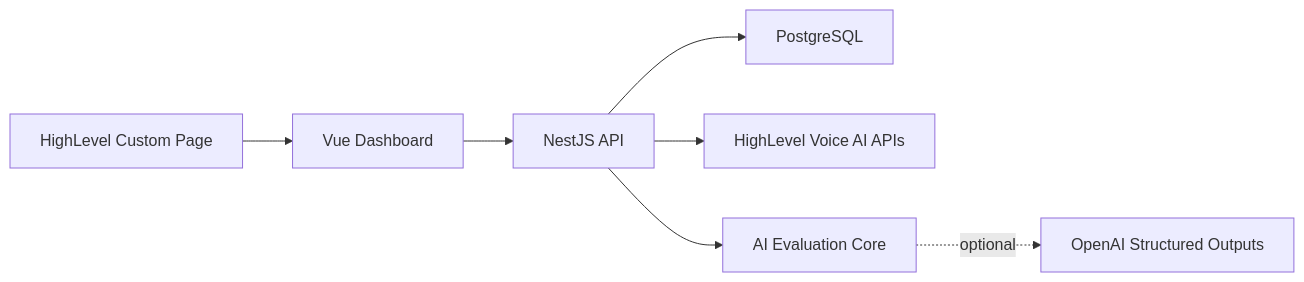
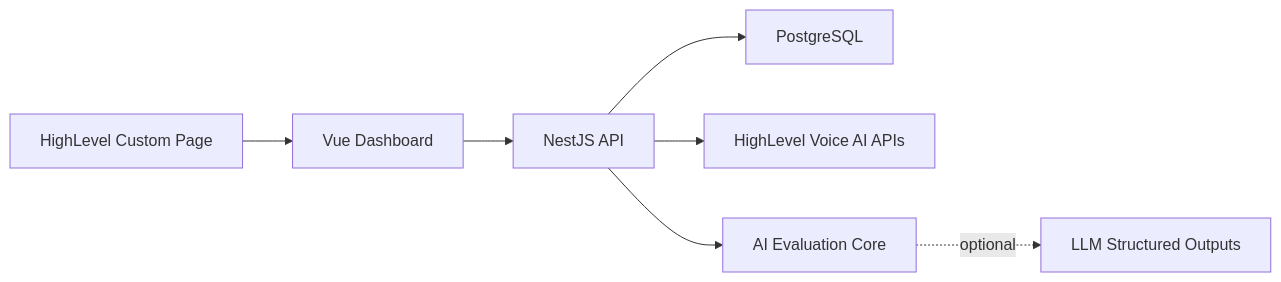
Before and after one commit to chitrank2050/agent-optimizer: the diagram in docs/architecture/overview.md, drawn with Mermaid. The commit also changed other lines of this file and 7 other files, not shown here.

````diff
--- a/docs/architecture/overview.md
+++ b/docs/architecture/overview.md
@@ -15,9 +15,9 @@
 ```mermaid
 flowchart LR
   customPage["HighLevel Custom Page"] --> web["Vue Dashboard"]
   web --> api["NestJS API"]
   api --> db["PostgreSQL"]
   api --> ghl["HighLevel Voice AI APIs"]
   api --> ai["AI Evaluation Core"]
-  ai -. optional .-> llm["OpenAI Structured Outputs"]
+  ai -. optional .-> llm["LLM Structured Outputs"]
 ```
````
